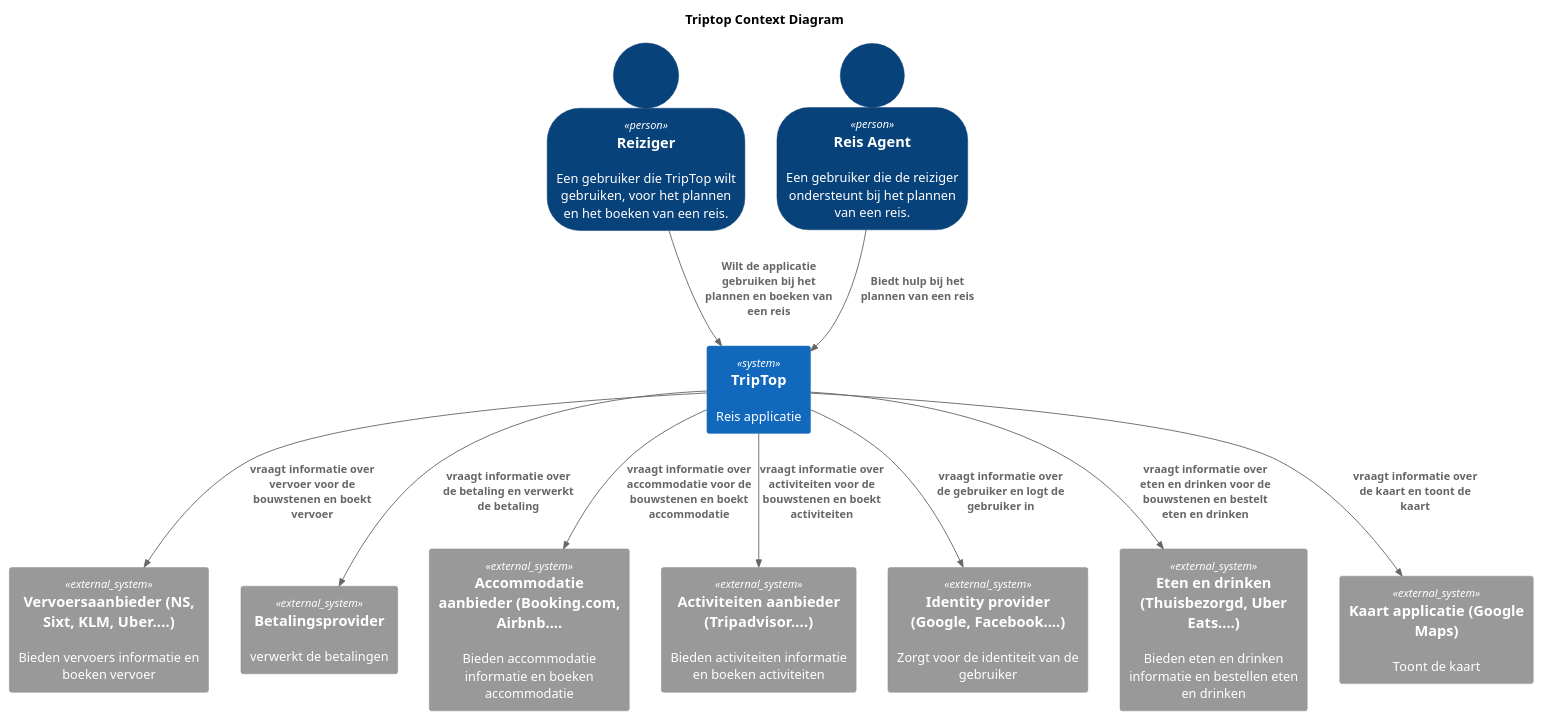
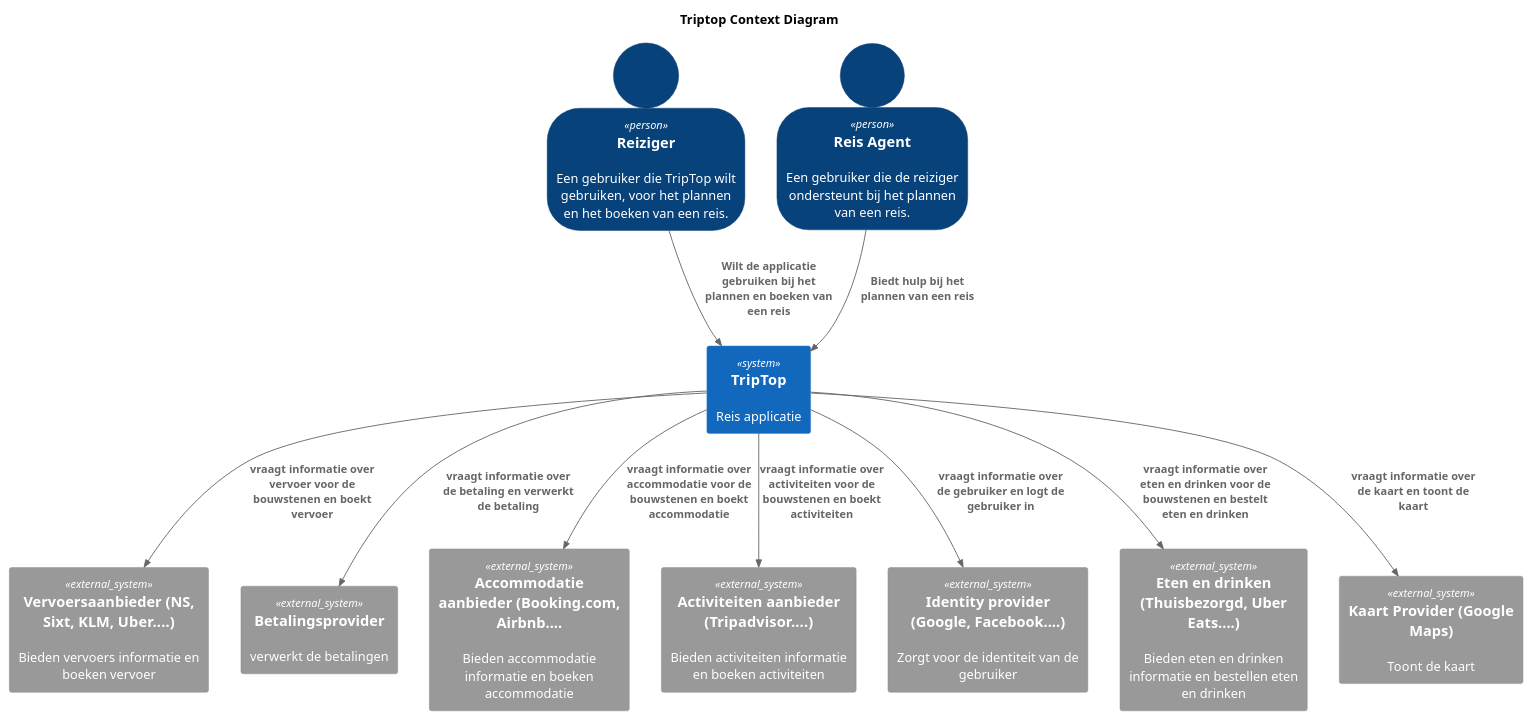
Before and after one commit to AIM-ENE-feb25/triptop-livingin-s-pain-nouri-siebe-boris: the diagram in Mijn bijdrage/Groeps context (C4).puml, drawn with PlantUML.

Commit message:
Groeps diagram

```diff
--- a/Mijn bijdrage/Groeps context (C4).puml
+++ b/Mijn bijdrage/Groeps context (C4).puml
@@ -1,30 +1,30 @@
 @startuml C4_Elements
 !include https://raw.githubusercontent.com/plantuml-stdlib/C4-PlantUML/master/C4_Container.puml
 title Triptop Context Diagram
 SHOW_PERSON_OUTLINE()
 
 Person(personAlias, "Reiziger", "Een gebruiker die TripTop wilt gebruiken, voor het plannen en het boeken van een reis. ")
 Person(reisagent,"Reis Agent", "Een gebruiker die de reiziger ondersteunt bij het plannen van een reis.")
 System(systemAlias, "TripTop", "Reis applicatie")
 
 System_Ext(vervoersaanbieder, "Vervoersaanbieder (NS, Sixt, KLM, Uber....)", "Bieden vervoers informatie en boeken vervoer")
 System_Ext(betalingsprovider, "Betalingsprovider", "verwerkt de betalingen")
 System_Ext(accommodatieaanbieder, "Accommodatie aanbieder (Booking.com, Airbnb....", "Bieden accommodatie informatie en boeken accommodatie")
 System_Ext(activiteitenaanbieder, "Activiteiten aanbieder (Tripadvisor....)", "Bieden activiteiten informatie en boeken activiteiten")
 System_Ext(identityProvider, "Identity provider (Google, Facebook....)", "Zorgt voor de identiteit van de gebruiker")
 System_Ext(etengelegenhedenaanbieder, "Eten en drinken (Thuisbezorgd, Uber Eats....)", "Bieden eten en drinken informatie en bestellen eten en drinken")
-System_Ext(maps, "Kaart applicatie (Google Maps)", "Toont de kaart")
+System_Ext(maps, "Kaart Provider (Google Maps)", "Toont de kaart")
 
 Rel(personAlias, systemAlias, "Wilt de applicatie gebruiken bij het plannen en boeken van een reis")
 Rel(reisagent, systemAlias, "Biedt hulp bij het plannen van een reis")
 
 Rel(systemAlias, vervoersaanbieder, "vraagt informatie over vervoer voor de bouwstenen en boekt vervoer")
 Rel(systemAlias, accommodatieaanbieder, "vraagt informatie over accommodatie voor de bouwstenen en boekt accommodatie")
 Rel(systemAlias, activiteitenaanbieder, "vraagt informatie over activiteiten voor de bouwstenen en boekt activiteiten")
 Rel(systemAlias, identityProvider, "vraagt informatie over de gebruiker en logt de gebruiker in")
 Rel(systemAlias, betalingsprovider, "vraagt informatie over de betaling en verwerkt de betaling")
 Rel(systemAlias, etengelegenhedenaanbieder, "vraagt informatie over eten en drinken voor de bouwstenen en bestelt eten en drinken")
 Rel(systemAlias, maps, "vraagt informatie over de kaart en toont de kaart")
 
 
 @enduml
```
